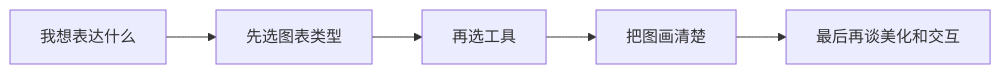
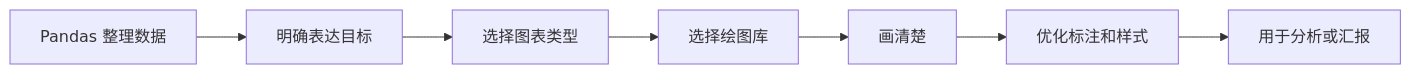
Before and after one commit to oudbiao/AI-fullstack-course: the first of 3 diagrams in docs/stage2/ch04-visualization/00-roadmap.md, drawn with Mermaid. The commit also changed other lines of this file and 95 other files, not shown here.

````diff
--- a/docs/stage2/ch04-visualization/00-roadmap.md
+++ b/docs/stage2/ch04-visualization/00-roadmap.md
@@ -34,7 +20,9 @@
 ```mermaid
 flowchart LR
-    A["我想表达什么"] --> B["先选图表类型"]
-    B --> C["再选工具"]
-    C --> D["把图画清楚"]
-    D --> E["最后再谈美化和交互"]
+  A[Pandas 整理数据] --> B[明确表达目标]
+  B --> C[选择图表类型]
+  C --> D[选择绘图库]
+  D --> E[画清楚]
+  E --> F[优化标注和样式]
+  F --> G[用于分析或汇报]
 ```
````
